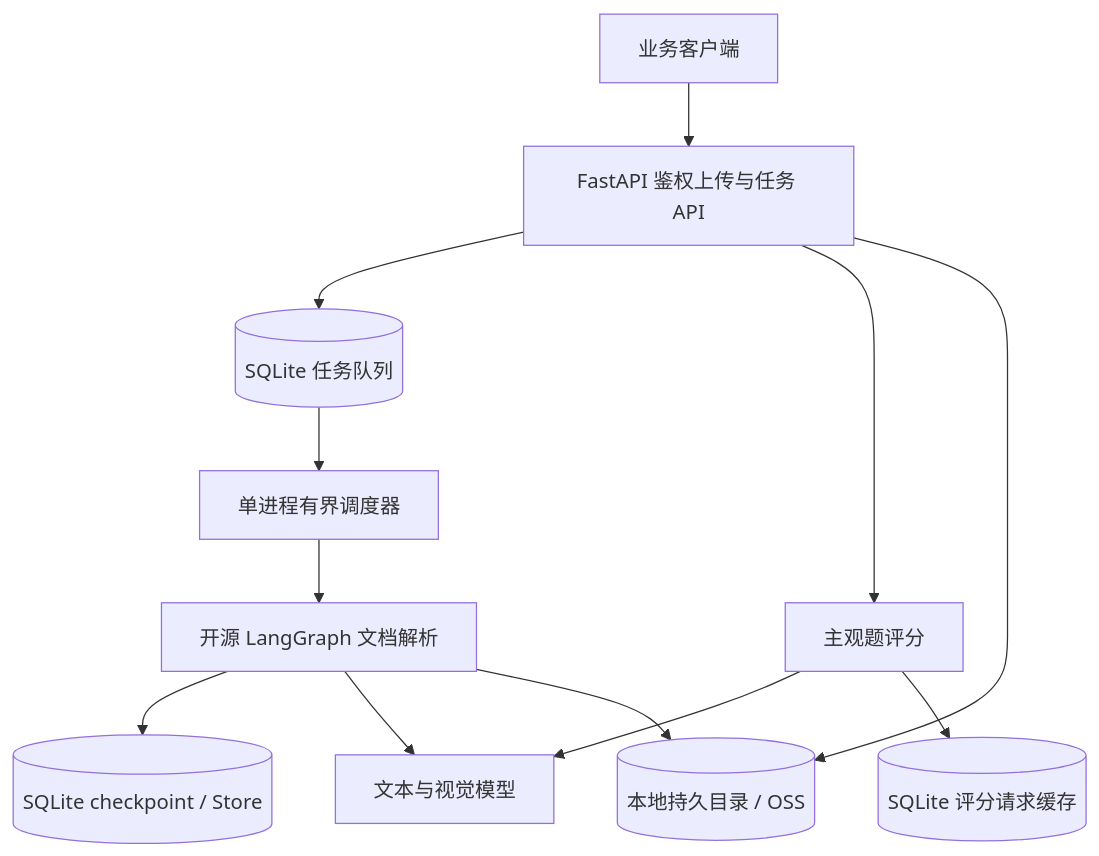
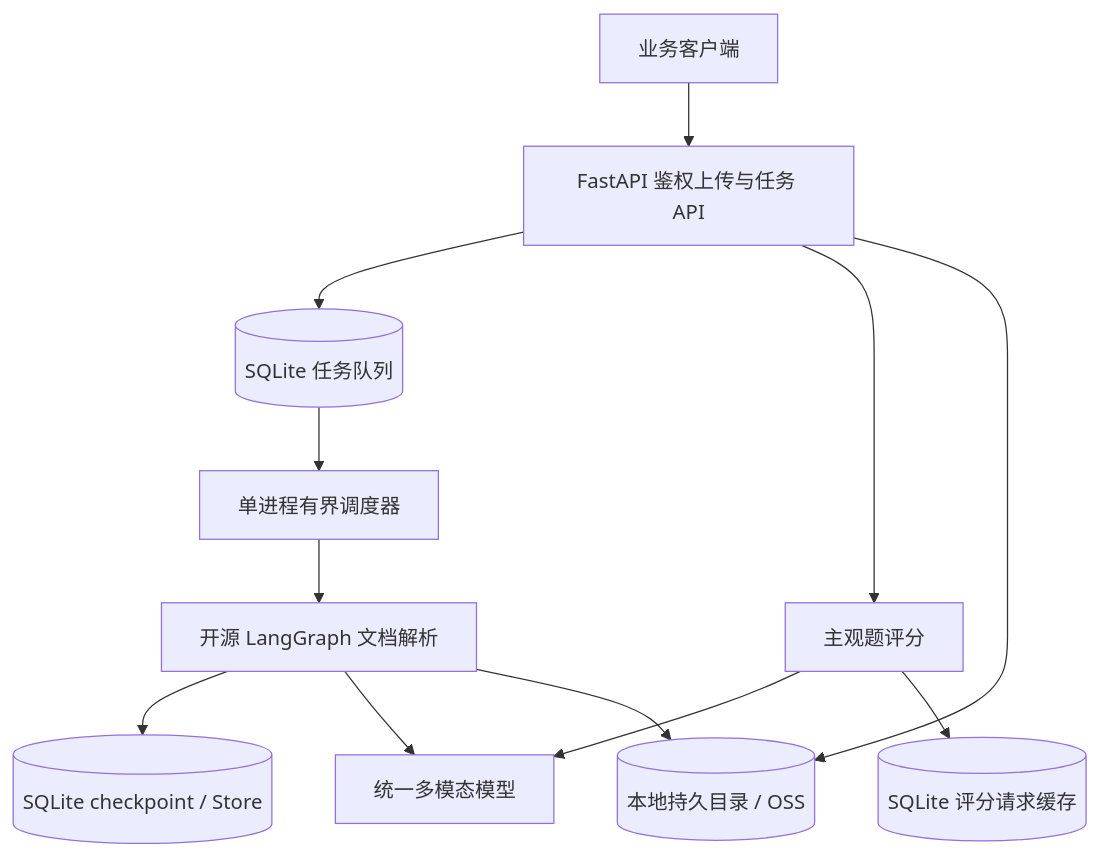
Before and after one commit to shenyankm/PractiQ: the diagram in server/docs/service-guide.md, drawn with Mermaid. The commit also changed other lines of this file and 31 other files, not shown here.

````diff
--- a/server/docs/service-guide.md
+++ b/server/docs/service-guide.md
@@ -166,14 +166,14 @@
 ```mermaid
 graph TD
     Client[业务客户端] --> API[FastAPI 鉴权上传与任务 API]
     API --> DB[(SQLite 任务队列)]
     DB --> Runner[单进程有界调度器]
     Runner --> Graph[开源 LangGraph 文档解析]
     Graph --> State[(SQLite checkpoint / Store)]
-    Graph --> Model[文本与视觉模型]
+    Graph --> Model[统一多模态模型]
     API --> Grading[主观题评分]
     Grading --> Model
     Grading --> Grades[(SQLite 评分请求缓存)]
     API --> Files[(本地持久目录 / OSS)]
     Graph --> Files
 ```
````
